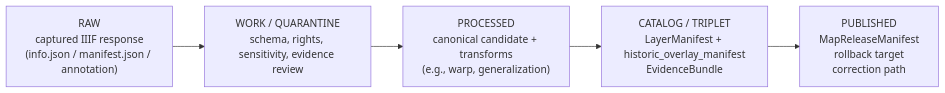
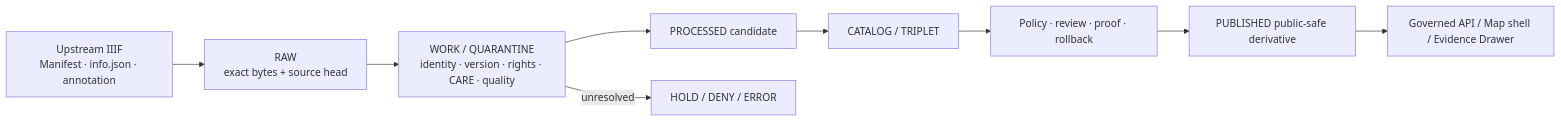
The second of 2 diagrams in docs/standards/IIIF.md (bartytime4life/Kansas-Frontier-Matrix), drawn with Mermaid before and after one commit. The commit also changed other lines of this file, not shown here.

Commit message:
docs(standards): ground IIIF guidance in current evidence

````diff
--- a/docs/standards/IIIF.md
+++ b/docs/standards/IIIF.md
@@ -225,7 +287,11 @@
 ```mermaid
 flowchart LR
-    A["RAW<br/>captured IIIF response<br/>(info.json / manifest.json / annotation)"] --> B["WORK / QUARANTINE<br/>schema, rights, sensitivity, evidence review"]
-    B --> C["PROCESSED<br/>canonical candidate + transforms<br/>(e.g., warp, generalization)"]
-    C --> D["CATALOG / TRIPLET<br/>LayerManifest + historic_overlay_manifest<br/>EvidenceBundle"]
-    D --> E["PUBLISHED<br/>MapReleaseManifest<br/>rollback target<br/>correction path"]
+    U["Upstream IIIF<br/>Manifest · info.json · annotation"] --> R["RAW<br/>exact bytes + source head"]
+    R --> W["WORK / QUARANTINE<br/>identity · version · rights · CARE · quality"]
+    W --> P["PROCESSED candidate"]
+    P --> C["CATALOG / TRIPLET"]
+    C --> G["Policy · review · proof · rollback"]
+    G --> B["PUBLISHED public-safe derivative"]
+    B --> D["Governed API / Map shell / Evidence Drawer"]
+    W -- unresolved --> H["HOLD / DENY / ERROR"]
 ```
````
